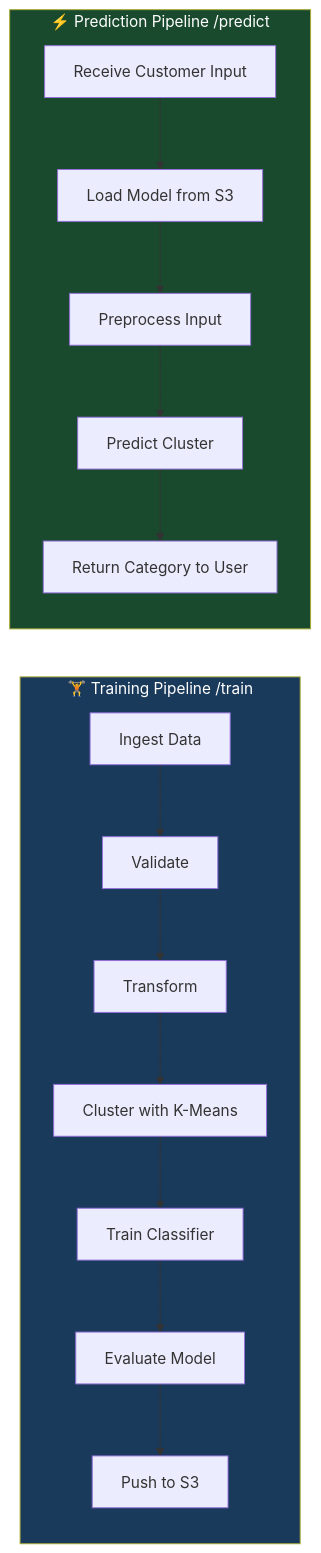
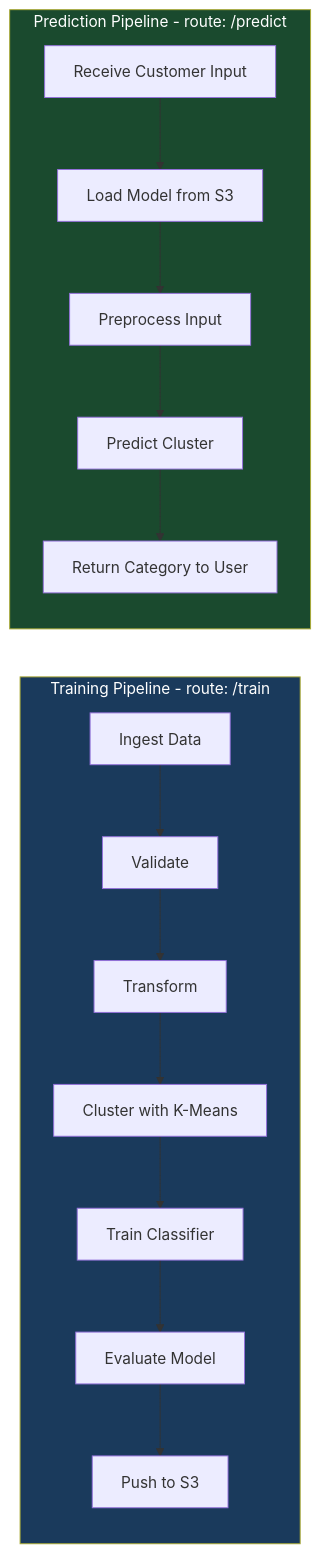
One commit to sujalkhandelwal19-ds/CustomerIQ changed the fourth of 4 diagrams in README.md. Above: the diagram before and after it, drawn with Mermaid. The commit also changed other lines of this file, not shown here.

Commit message:
Fix Mermaid syntax errors - quote special characters in node labels

````diff
--- a/README.md
+++ b/README.md
@@ -160,20 +160,20 @@
 ```mermaid
 flowchart LR
-    subgraph TRAIN["🏋️ Training Pipeline  /train"]
+    subgraph TRAIN["Training Pipeline - route: /train"]
         T1[Ingest Data] --> T2[Validate] --> T3[Transform]
         T3 --> T4[Cluster with K-Means]
         T4 --> T5[Train Classifier]
         T5 --> T6[Evaluate Model]
         T6 --> T7[Push to S3]
     end
 
-    subgraph PREDICT["⚡ Prediction Pipeline  /predict"]
+    subgraph PREDICT["Prediction Pipeline - route: /predict"]
         P1[Receive Customer Input] --> P2[Load Model from S3]
         P2 --> P3[Preprocess Input]
         P3 --> P4[Predict Cluster]
         P4 --> P5[Return Category to User]
     end
 
     style TRAIN fill:#1a3a5c,color:#fff
     style PREDICT fill:#1a4a2e,color:#fff
 ```
````
